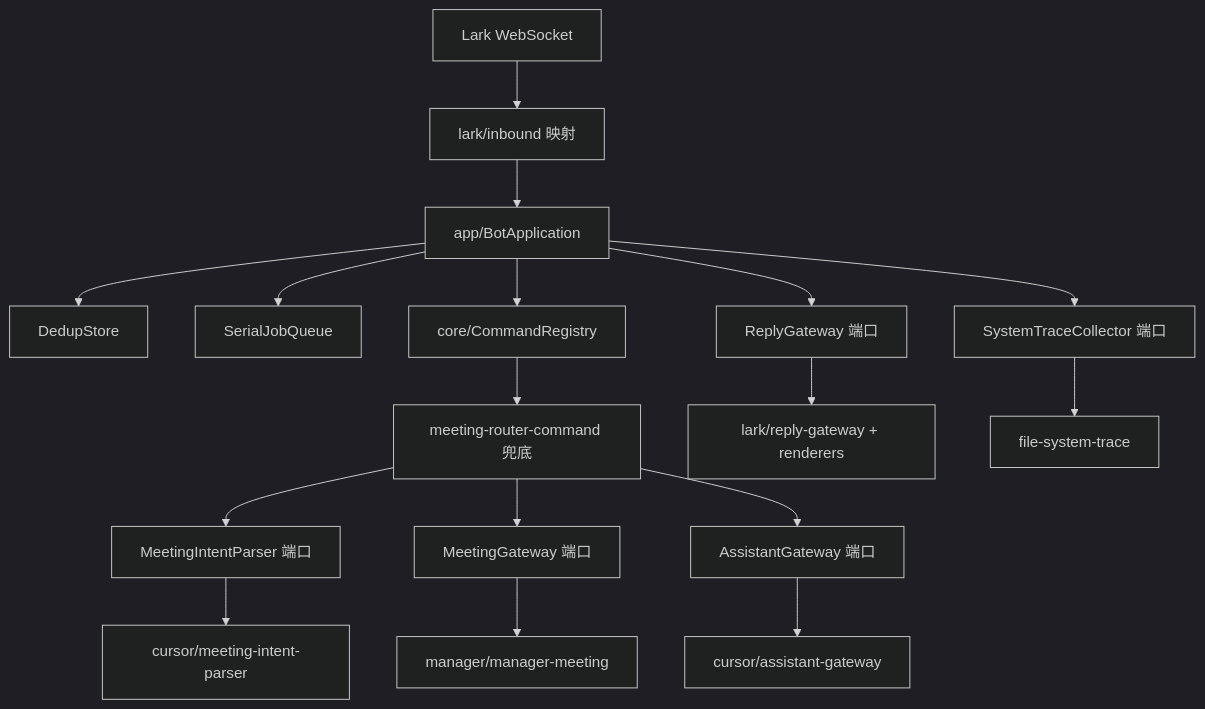
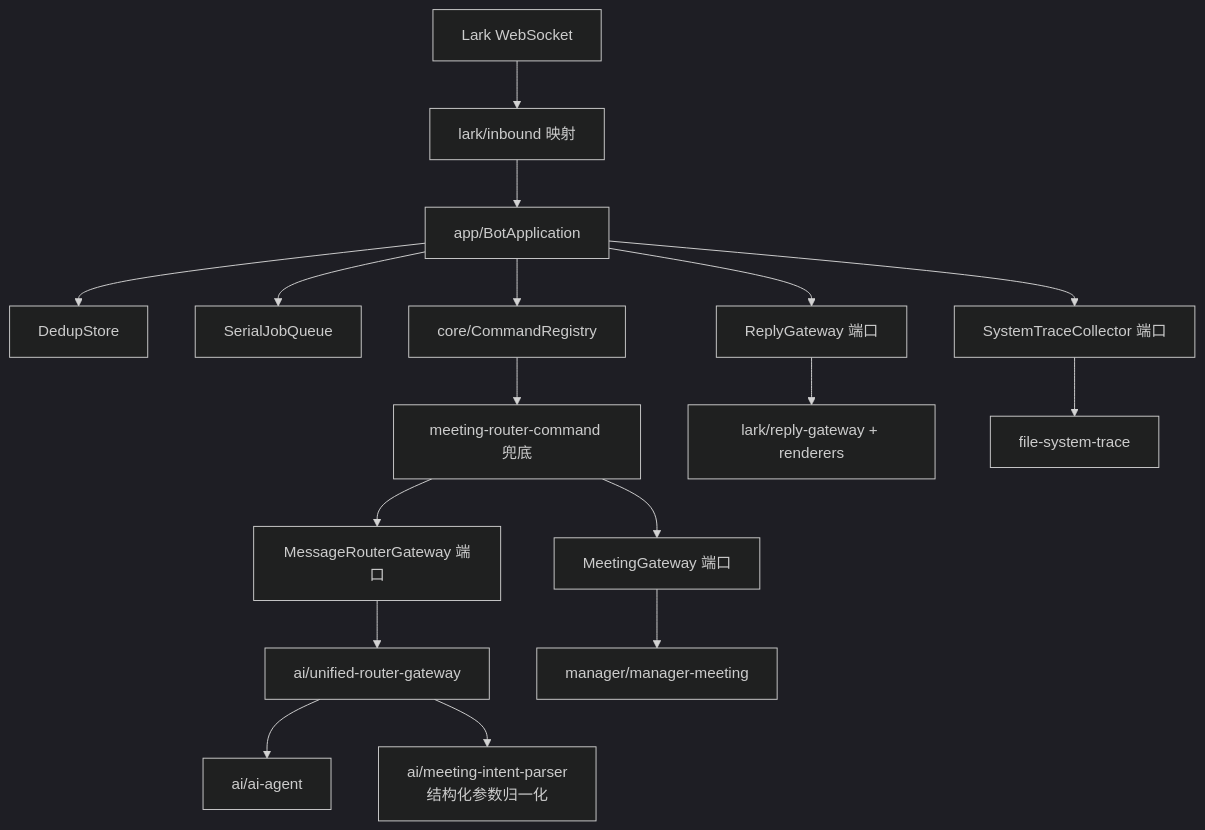
One commit to zreal-leo/feishu-cli changed the second of 3 diagrams in docs/ARCHITECTURE.md. Above: the diagram before and after it, drawn with Mermaid (dark theme). The commit also changed other lines of this file and 31 other files, not shown here.

````diff
--- a/docs/ARCHITECTURE.md
+++ b/docs/ARCHITECTURE.md
@@ -114,19 +115,19 @@
 ```mermaid
 flowchart TD
     LarkWS["Lark WebSocket"] --> Inbound["lark/inbound 映射"]
     Inbound --> BotApp["app/BotApplication"]
     BotApp --> Dedup["DedupStore"]
     BotApp --> Queue["SerialJobQueue"]
     BotApp --> Registry["core/CommandRegistry"]
     Registry --> Router["meeting-router-command 兜底"]
-    Router --> IntentPort["MeetingIntentParser 端口"]
+    Router --> RouterPort["MessageRouterGateway 端口"]
+    RouterPort --> AIRouter["ai/unified-router-gateway"]
+    AIRouter --> AIClient["ai/ai-agent"]
+    AIRouter --> IntentParser["ai/meeting-intent-parser<br/>结构化参数归一化"]
     Router --> MeetingPort["MeetingGateway 端口"]
-    Router --> AssistantPort["AssistantGateway 端口"]
-    IntentPort --> CursorIntent["cursor/meeting-intent-parser"]
-    AssistantPort --> CursorAssistant["cursor/assistant-gateway"]
     MeetingPort --> Manager["manager/manager-meeting"]
     BotApp --> ReplyPort["ReplyGateway 端口"]
     ReplyPort --> LarkReply["lark/reply-gateway + renderers"]
     BotApp --> TracePort["SystemTraceCollector 端口"]
     TracePort --> FileTrace["file-system-trace"]
 ```
````
